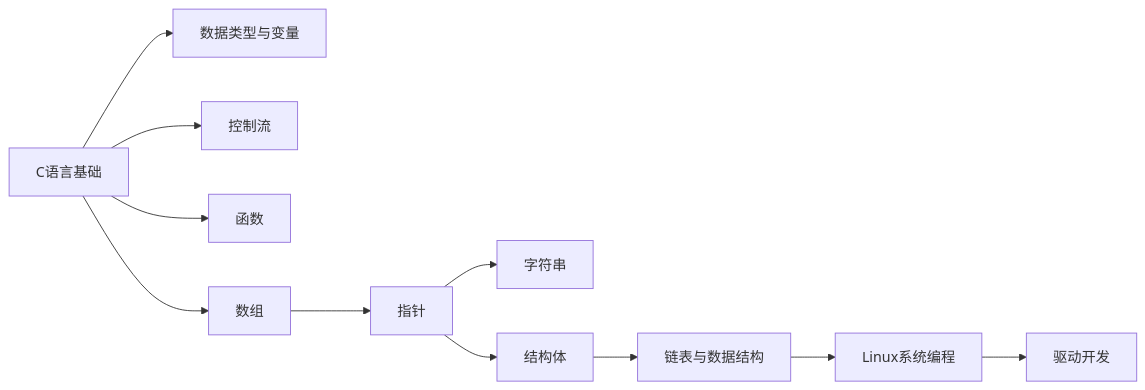
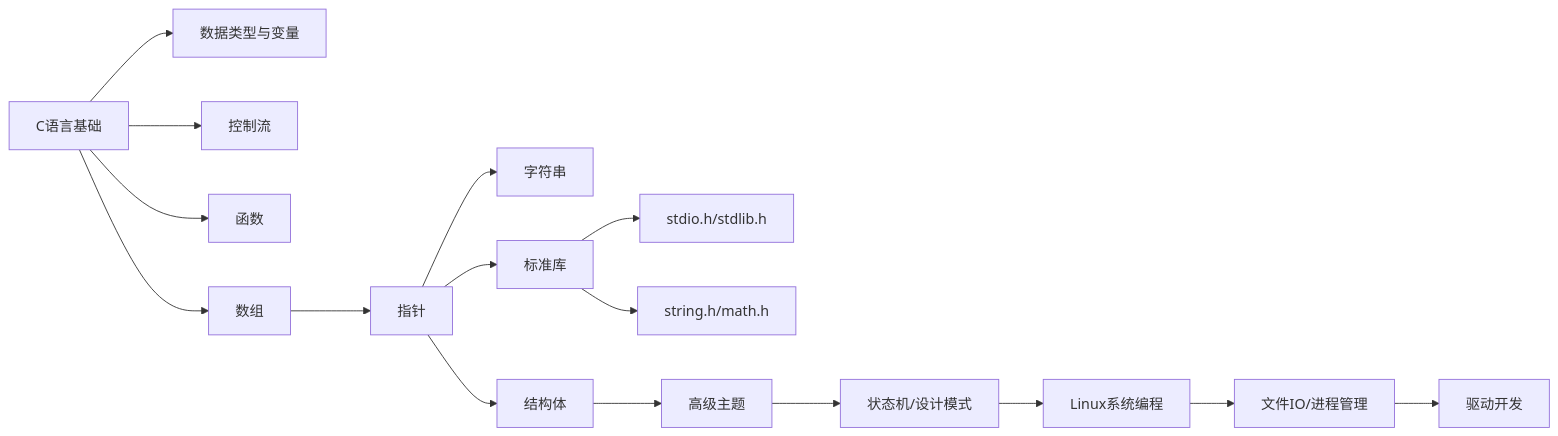
Before and after one commit to SamsZoneMaker/my_Engi_notebook: the diagram in 10_Areas/02_Programming/C/00_C_MOC.md, drawn with Mermaid. The commit also changed other lines of this file and 9 other files, not shown here.

````diff
--- a/10_Areas/02_Programming/C/00_C_MOC.md
+++ b/10_Areas/02_Programming/C/00_C_MOC.md
@@ -75,13 +89,18 @@
 ```mermaid
 graph LR
     A[C语言基础] --> B[数据类型与变量]
     A --> C[控制流]
     A --> D[函数]
     A --> E[数组]
     E --> F[指针]
     F --> G[字符串]
     F --> H[结构体]
-    H --> I[链表与数据结构]
-    I --> J[Linux系统编程]
-    J --> K[驱动开发]
+    F --> I[标准库]
+    I --> J[stdio.h/stdlib.h]
+    I --> K[string.h/math.h]
+    H --> L[高级主题]
+    L --> M[状态机/设计模式]
+    M --> N[Linux系统编程]
+    N --> O[文件IO/进程管理]
+    O --> P[驱动开发]
 ```
````
